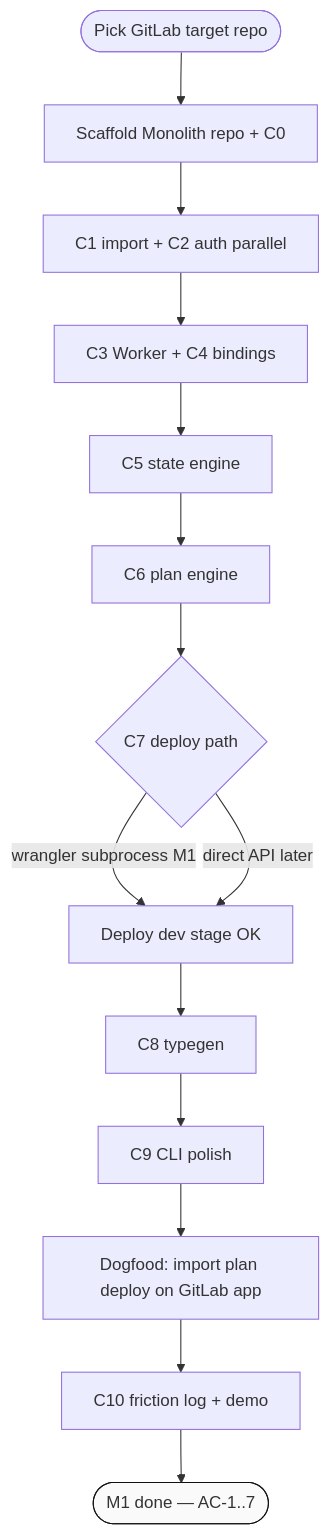
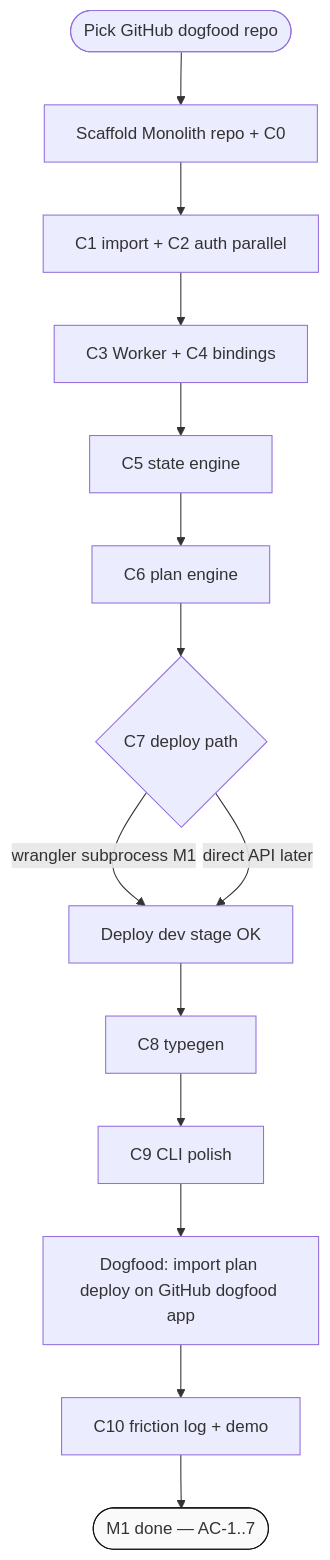
One commit to armancharan/monolith changed the second of 3 diagrams in docs/product-spec.md. Above: the diagram before and after it, drawn with Mermaid. The commit also changed other lines of this file and 3 other files, not shown here.

First line of the commit message:
Switch M1 dogfood target from GitLab to GitHub.

````diff
--- a/docs/product-spec.md
+++ b/docs/product-spec.md
@@ -207,18 +207,18 @@
 ```mermaid
 flowchart TD
-  START([Pick GitLab target repo]) --> C0
+  START([Pick GitHub dogfood repo]) --> C0
   C0[Scaffold Monolith repo + C0] --> C1C2[C1 import + C2 auth parallel]
   C1C2 --> C3C4[C3 Worker + C4 bindings]
   C3C4 --> C5[C5 state engine]
   C5 --> C6[C6 plan engine]
   C6 --> C7{C7 deploy path}
   C7 -->|wrangler subprocess M1| DEPLOY[Deploy dev stage OK]
   C7 -->|direct API later| DEPLOY
   DEPLOY --> C8[C8 typegen]
   C8 --> C9[C9 CLI polish]
-  C9 --> RUN[Dogfood: import plan deploy on GitLab app]
+  C9 --> RUN[Dogfood: import plan deploy on GitHub dogfood app]
   RUN --> LOG[C10 friction log + demo]
   LOG --> DONE([M1 done — AC-1..7])
 
   style DONE fill:#fafafa,stroke:#111
 ```
````
